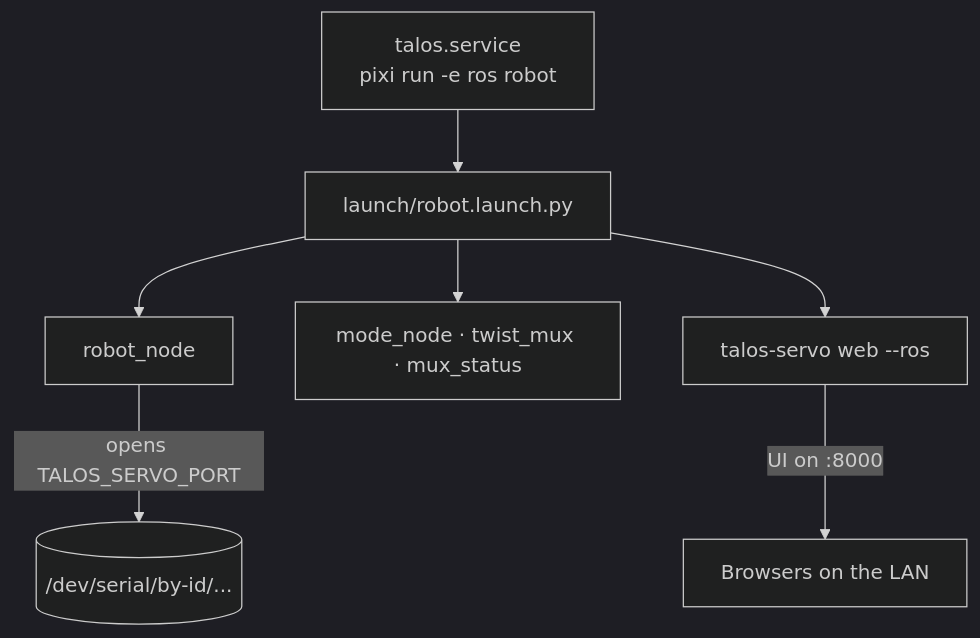
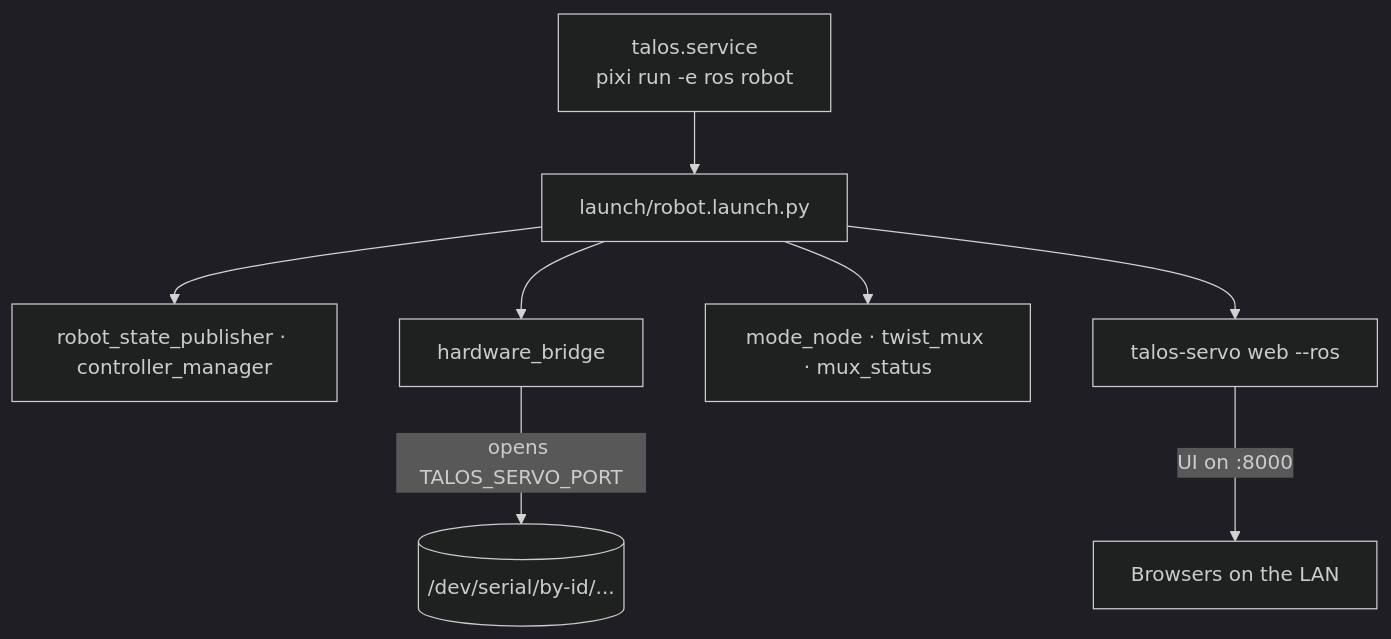
The third of 4 diagrams in README.md (Annnnya/talos_hack), drawn with Mermaid (dark theme) before and after one commit. The commit also changed other lines of this file and 30 other files, not shown here.

````diff
--- a/README.md
+++ b/README.md
@@ -97,10 +104,11 @@
 ```mermaid
 flowchart TB
     S["talos.service<br/>pixi run -e ros robot"]
     S --> L["launch/robot.launch.py"]
-    L --> NODE["robot_node"]
+    L --> CM["robot_state_publisher · controller_manager"]
+    L --> NODE["hardware_bridge"]
     L --> REST["mode_node · twist_mux · mux_status"]
     L --> WEB["talos-servo web --ros"]
     NODE -- "opens TALOS_SERVO_PORT" --> PORT[("/dev/serial/by-id/...")]
     WEB -- "UI on :8000" --> LAN["Browsers on the LAN"]
 ```
````
